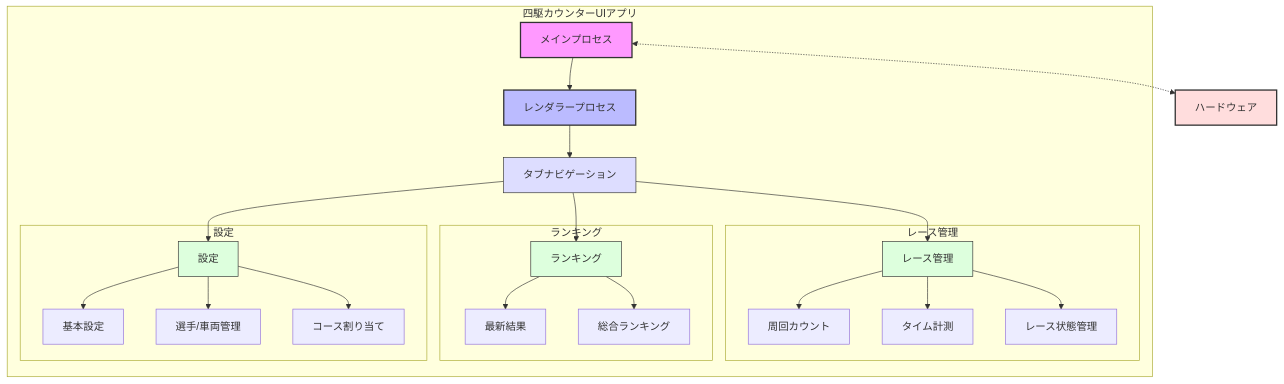
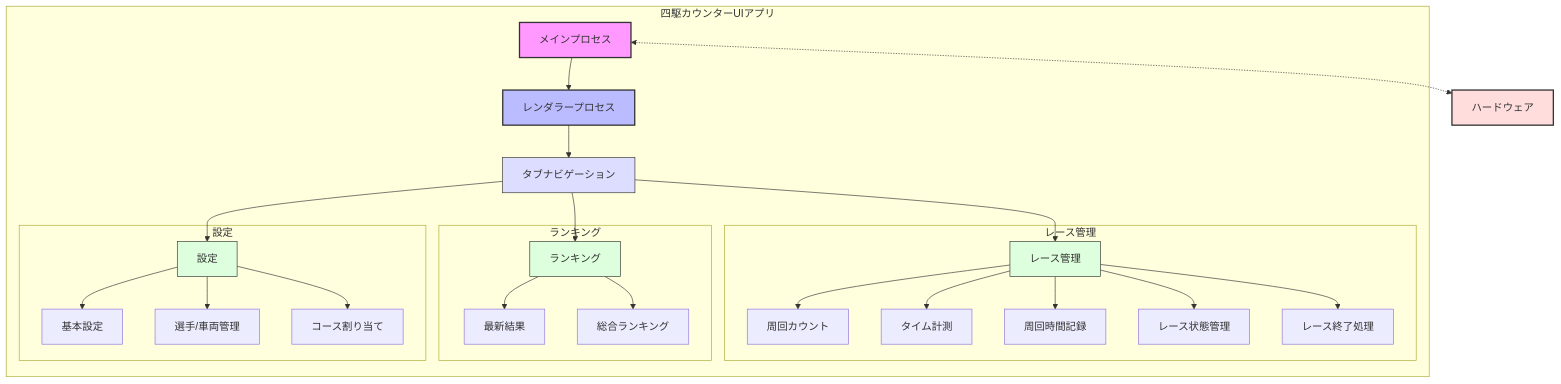
One commit to YakiFrog/yonku-counter-ui changed the first of 8 diagrams in README.md. Above: the diagram before and after it, drawn with Mermaid. The commit also changed other lines of this file and 3 other files, not shown here.

````diff
--- a/README.md
+++ b/README.md
@@ -44,37 +186,39 @@
 ```mermaid
 graph TD
     subgraph "四駆カウンターUIアプリ"
         A[メインプロセス] --> B[レンダラープロセス]
         B --> C[タブナビゲーション]
         C --> D[レース管理]
         C --> E[ランキング]
         C --> F[設定]
         
         subgraph "レース管理"
             D --> D1[周回カウント]
             D --> D2[タイム計測]
-            D --> D3[レース状態管理]
+            D --> D3[周回時間記録]
+            D --> D4[レース状態管理]
+            D --> D5[レース終了処理]
         end
         
         subgraph "ランキング"
             E --> E1[最新結果]
             E --> E2[総合ランキング]
         end
         
         subgraph "設定"
             F --> F1[基本設定]
             F --> F2[選手/車両管理]
             F --> F3[コース割り当て]
         end
     end
     
     A <-.-> G[ハードウェア]
     
     style A fill:#f9f,stroke:#333,stroke-width:2px
     style B fill:#bbf,stroke:#333,stroke-width:2px
     style C fill:#ddf,stroke:#333,stroke-width:1px
     style D fill:#dfd,stroke:#333,stroke-width:1px
     style E fill:#dfd,stroke:#333,stroke-width:1px
     style F fill:#dfd,stroke:#333,stroke-width:1px
     style G fill:#fdd,stroke:#333,stroke-width:2px
 ```
````
